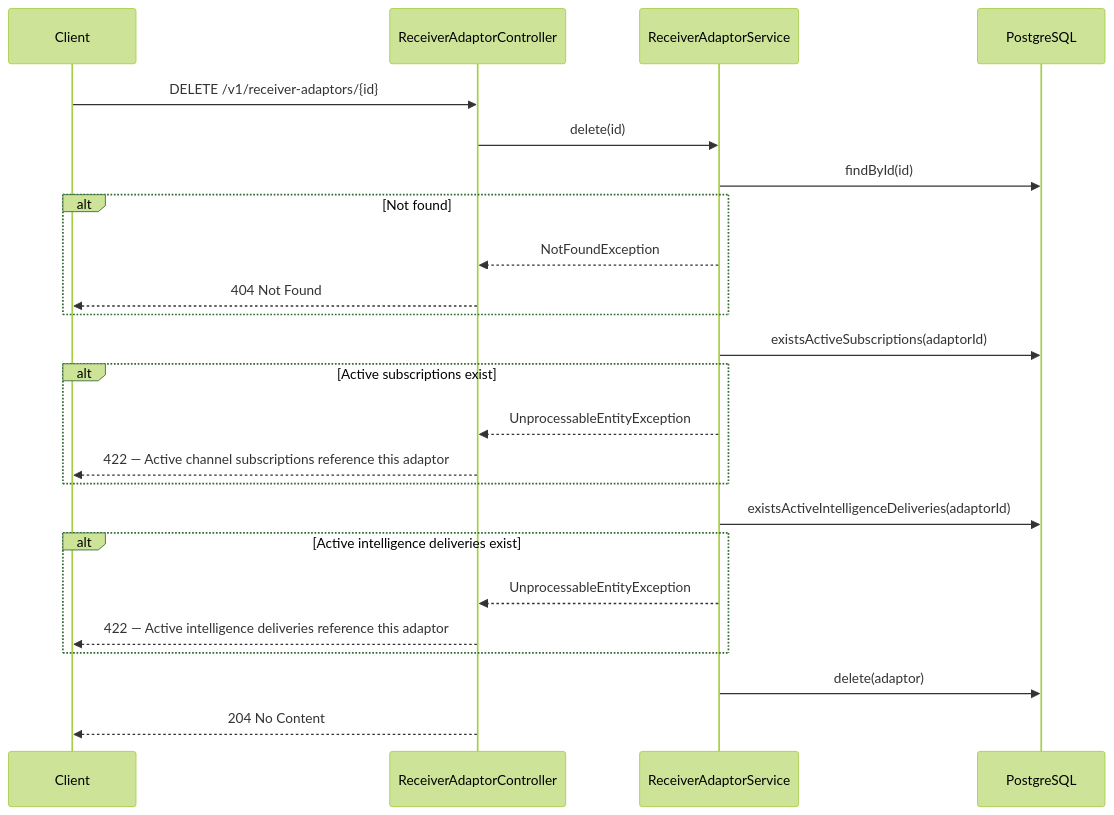
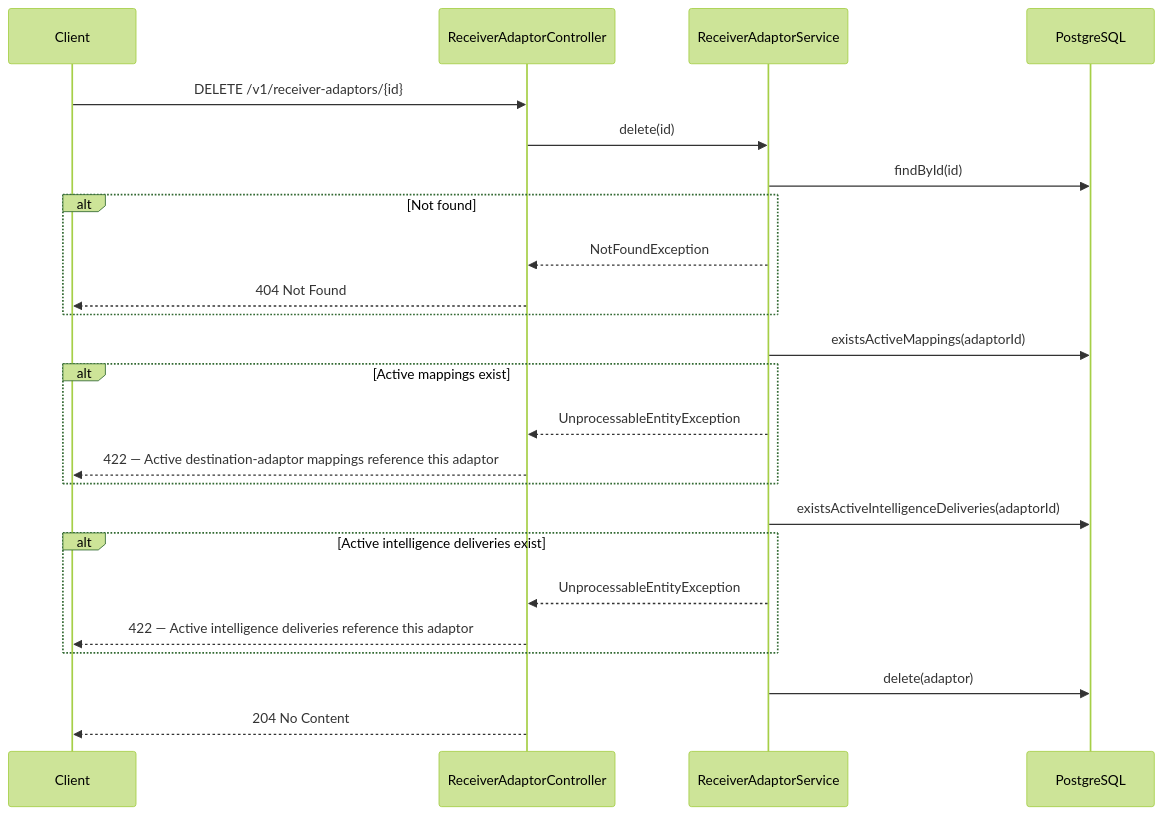
Before and after one commit to Jayaprakash8887/cce-intelligence-service: diagram 12 of 12 in docs/flow-diagrams.md, drawn with Mermaid (forest theme). The commit also changed other lines of this file and 39 other files, not shown here.

First line of the commit message:
feat: Refactor channel subscription to destination adaptor mapping

````diff
--- a/docs/flow-diagrams.md
+++ b/docs/flow-diagrams.md
@@ -418,30 +361,30 @@
 ```mermaid
 sequenceDiagram
     participant Client
     participant Controller as ReceiverAdaptorController
     participant Service as ReceiverAdaptorService
     participant DB as PostgreSQL
 
     Client->>Controller: DELETE /v1/receiver-adaptors/{id}
     Controller->>Service: delete(id)
     Service->>DB: findById(id)
     alt Not found
         Service-->>Controller: NotFoundException
         Controller-->>Client: 404 Not Found
     end
 
-    Service->>DB: existsActiveSubscriptions(adaptorId)
-    alt Active subscriptions exist
+    Service->>DB: existsActiveMappings(adaptorId)
+    alt Active mappings exist
         Service-->>Controller: UnprocessableEntityException
-        Controller-->>Client: 422 — Active channel subscriptions reference this adaptor
+        Controller-->>Client: 422 — Active destination-adaptor mappings reference this adaptor
     end
 
     Service->>DB: existsActiveIntelligenceDeliveries(adaptorId)
     alt Active intelligence deliveries exist
         Service-->>Controller: UnprocessableEntityException
         Controller-->>Client: 422 — Active intelligence deliveries reference this adaptor
     end
 
     Service->>DB: delete(adaptor)
     Controller-->>Client: 204 No Content
 ```
````
